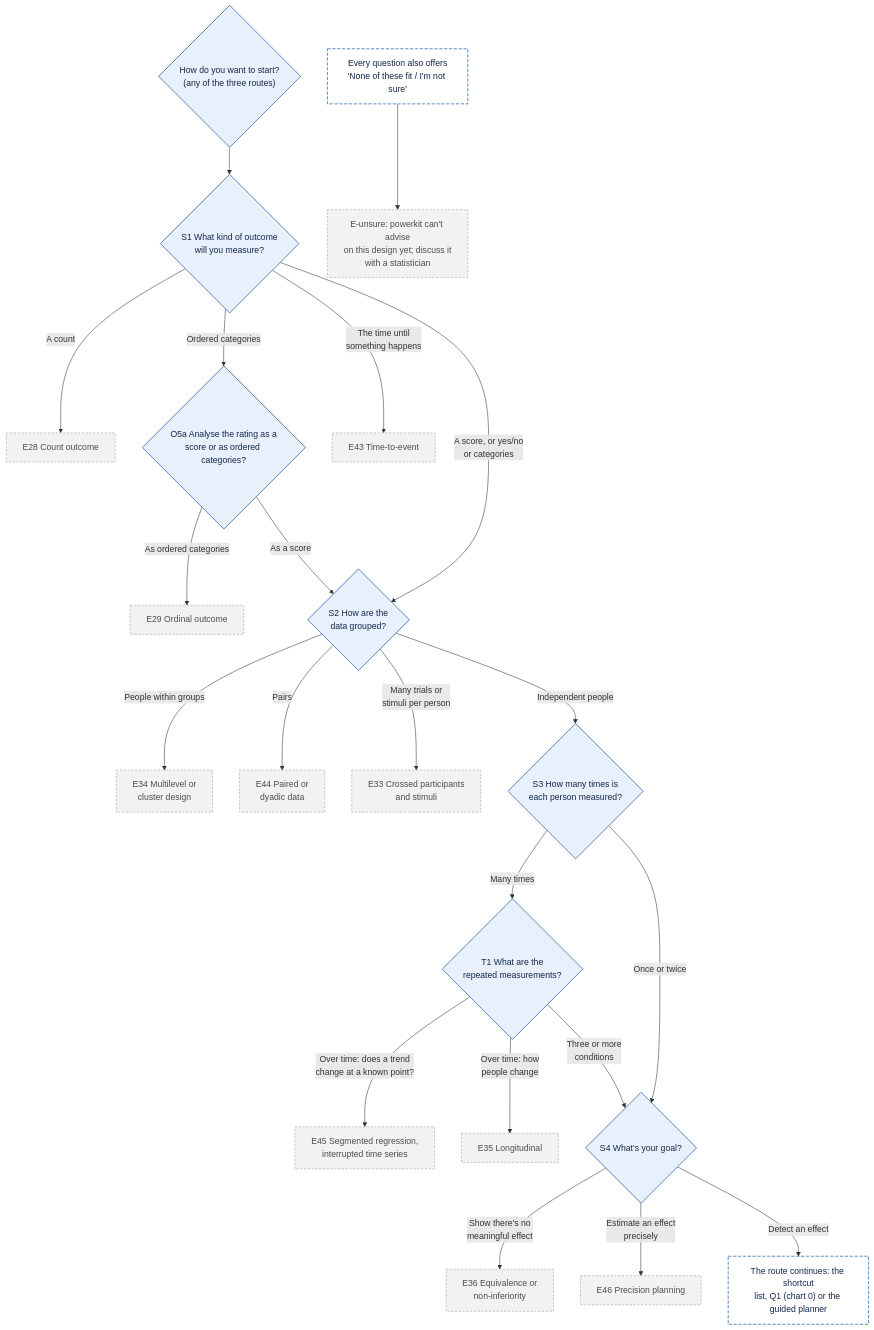
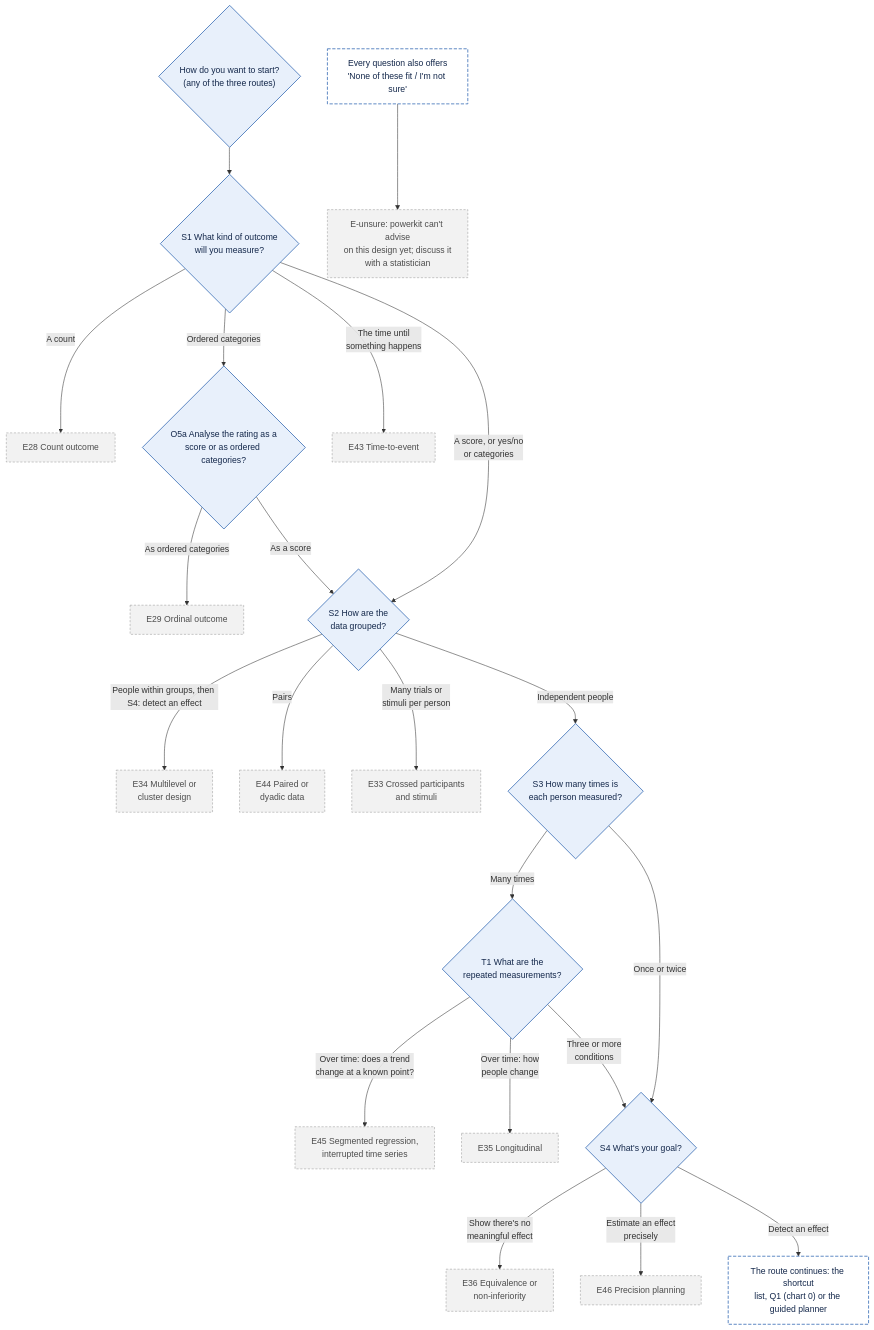
The first of 11 diagrams in docs/decision-tree.md (JoelThornton/Powerkit), drawn with Mermaid before and after one commit. The commit also changed other lines of this file and 44 other files, not shown here.

````diff
--- a/docs/decision-tree.md
+++ b/docs/decision-tree.md
@@ -236,31 +236,31 @@
 ```mermaid
 flowchart TD
   S0{"How do you want to start?<br/>(any of the three routes)"} --> S1{"S1 What kind of outcome<br/>will you measure?"}
   S1 -->|A count| E28["E28 Count outcome"]
   S1 -->|Ordered categories| O5a{"O5a Analyse the rating as a<br/>score or as ordered categories?"}
   O5a -->|As ordered categories| E29["E29 Ordinal outcome"]
   O5a -->|As a score| S2
   S1 -->|The time until<br/>something happens| E43["E43 Time-to-event"]
   S1 -->|A score, or yes/no<br/>or categories| S2{"S2 How are the<br/>data grouped?"}
-  S2 -->|People within groups| E34["E34 Multilevel or<br/>cluster design"]
+  S2 -->|People within groups, then S4: detect an effect| E34["E34 Multilevel or<br/>cluster design"]
   S2 -->|Pairs| E44["E44 Paired or<br/>dyadic data"]
   S2 -->|Many trials or<br/>stimuli per person| E33["E33 Crossed participants<br/>and stimuli"]
   S2 -->|Independent people| S3{"S3 How many times is<br/>each person measured?"}
   S3 -->|Many times| T1{"T1 What are the<br/>repeated measurements?"}
   T1 -->|Over time: does a trend<br/>change at a known point?| E45["E45 Segmented regression,<br/>interrupted time series"]
   T1 -->|Over time: how<br/>people change| E35["E35 Longitudinal"]
   T1 -->|Three or more<br/>conditions| S4
   S3 -->|Once or twice| S4{"S4 What's your goal?"}
   S4 -->|Show there's no<br/>meaningful effect| E36["E36 Equivalence or<br/>non-inferiority"]
   S4 -->|Estimate an effect<br/>precisely| E46["E46 Precision planning"]
   S4 -->|Detect an effect| R["The route continues: the shortcut<br/>list, Q1 (chart 0) or the guided planner"]
   ANY["Every question also offers<br/>'None of these fit / I'm not sure'"] --> EU["E-unsure: powerkit can't advise<br/>on this design yet; discuss it<br/>with a statistician"]
   class S0,S1,O5a,S2,S3,T1,S4 q
   class E28,E29,E43,E34,E44,E33,E45,E35,E36,E46,EU later
   class R,ANY jump
   classDef q fill:#E8F0FB,stroke:#3B6FB6,color:#14284B,stroke-width:1.5px
   classDef avail fill:#DDF2E3,stroke:#2E7D4F,color:#123D24,stroke-width:1.5px
   classDef spec fill:#FFF0D1,stroke:#B97A00,color:#4A3200,stroke-width:1.5px
   classDef later fill:#F2F2F2,stroke:#9A9A9A,color:#4D4D4D,stroke-width:1px,stroke-dasharray:4 3
   classDef jump fill:#FFFFFF,stroke:#3B6FB6,color:#14284B,stroke-width:1.5px,stroke-dasharray:6 3
 ```
````
